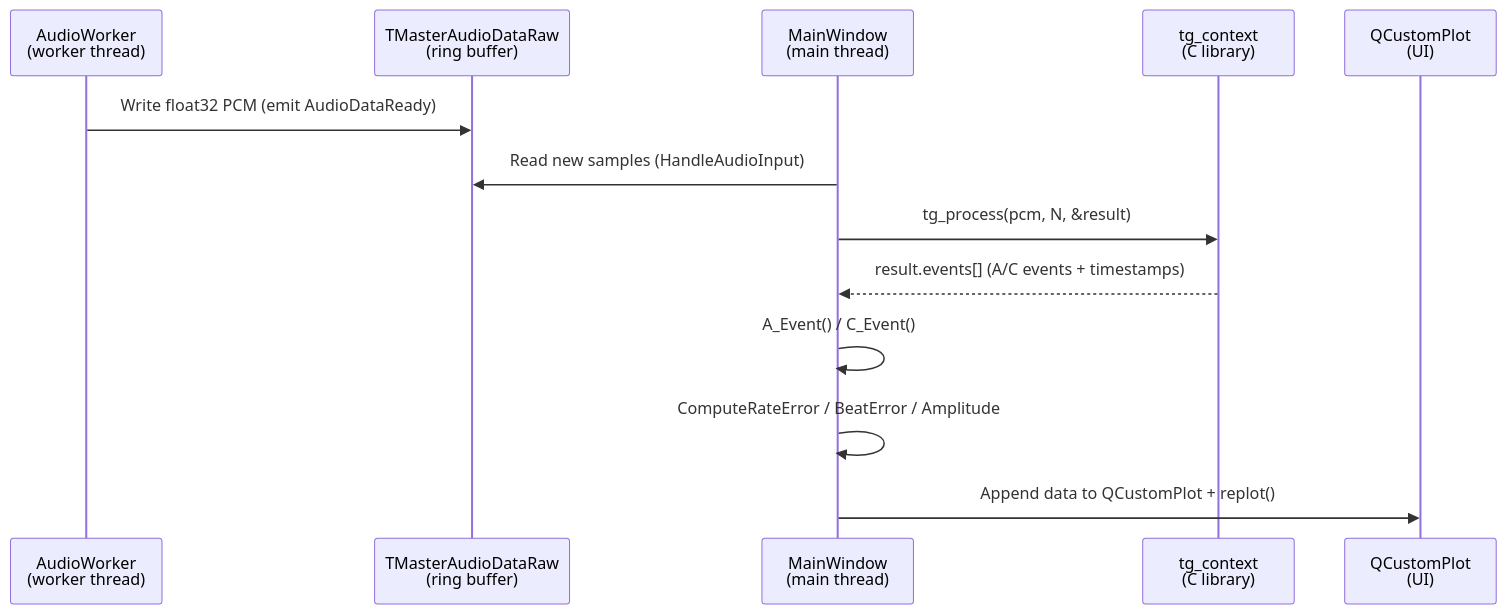
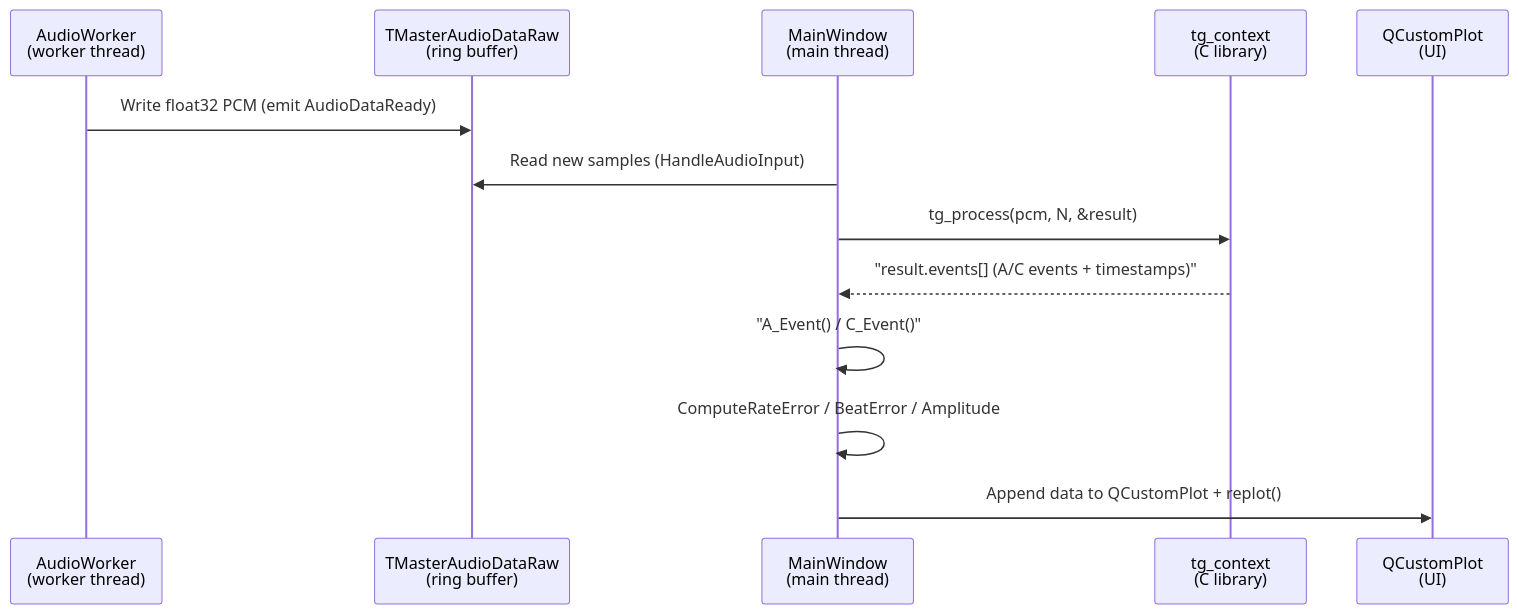
One commit to Ji-Min-Lee/2026-3-sw-architect-studio-project changed the second of 2 diagrams in docs/week1/kickoff-workshop/presentation-A.md. Above: the diagram before and after it, drawn with Mermaid. The commit also changed 1 other file, not shown here.

Commit message:
docs: apply linter fixes to presentation-A and presentation-B

````diff
--- a/docs/week1/kickoff-workshop/presentation-A.md
+++ b/docs/week1/kickoff-workshop/presentation-A.md
@@ -262,16 +262,16 @@
 ```mermaid
 sequenceDiagram
     participant AW as AudioWorker<br/>(worker thread)
     participant BUF as TMasterAudioDataRaw<br/>(ring buffer)
     participant MW as MainWindow<br/>(main thread)
     participant TG as tg_context<br/>(C library)
     participant UI as QCustomPlot<br/>(UI)
 
     AW->>BUF: Write float32 PCM (emit AudioDataReady)
     MW->>BUF: Read new samples (HandleAudioInput)
     MW->>TG: tg_process(pcm, N, &result)
-    TG-->>MW: result.events[] (A/C events + timestamps)
-    MW->>MW: A_Event() / C_Event()
+    TG-->>MW: "result.events[] (A/C events + timestamps)"
+    MW->>MW: "A_Event() / C_Event()"
     MW->>MW: ComputeRateError / BeatError / Amplitude
     MW->>UI: Append data to QCustomPlot + replot()
 ```
````
